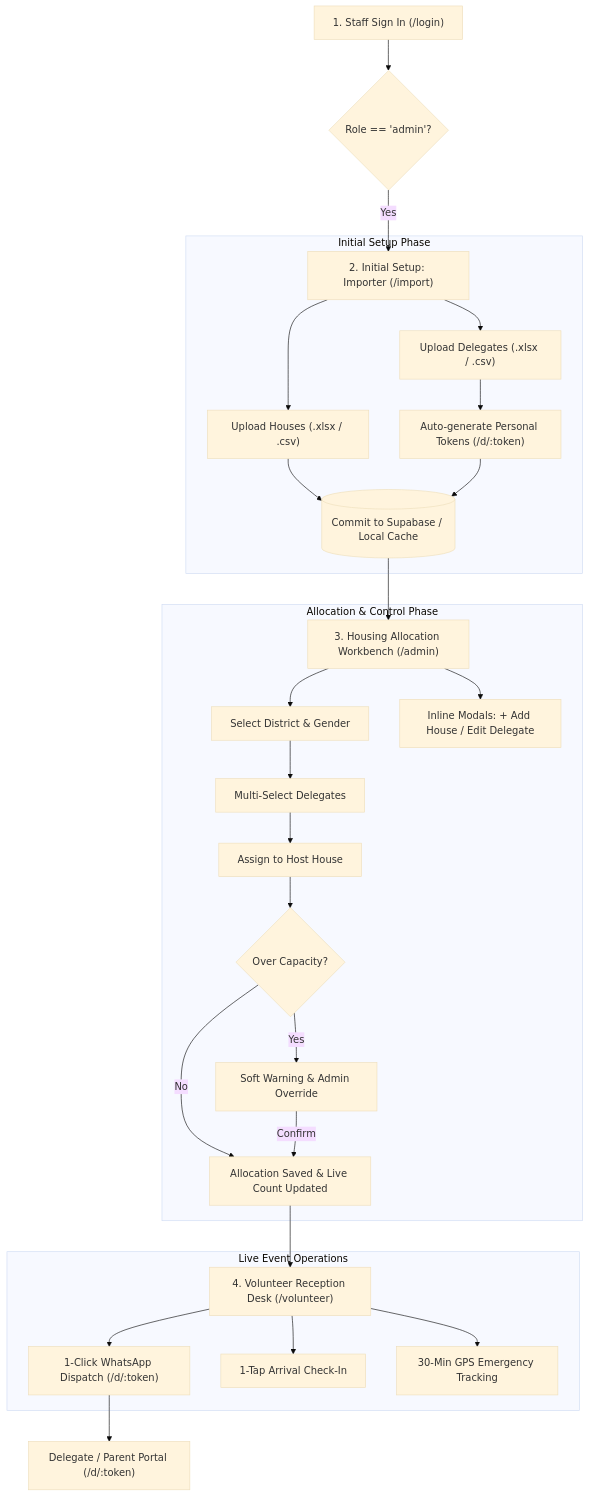
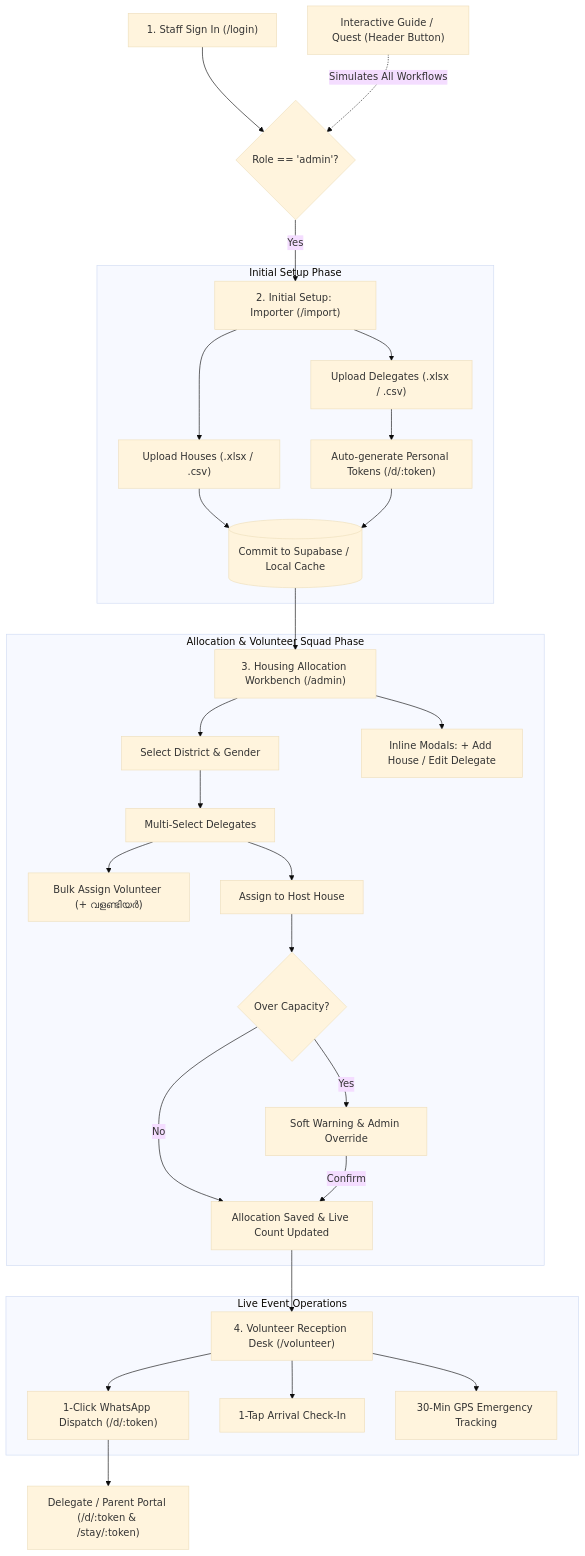
One commit to rohithvijayan/BalasanghamSammelanam changed the first of 2 diagrams in ADMIN_FEATURES_AND_USERFLOW.md. Above: the diagram before and after it, drawn with Mermaid (base theme). The commit also changed other lines of this file and 1 other file, not shown here.

Commit message:
fix(supabase): fix indeterminate v_house/v_volunteer record in get_my_stay RPC function

````diff
--- a/ADMIN_FEATURES_AND_USERFLOW.md
+++ b/ADMIN_FEATURES_AND_USERFLOW.md
@@ -170,35 +196,38 @@
 ```mermaid
 flowchart TD
     Login["1. Staff Sign In (/login)"] --> AdminAuth{"Role == 'admin'?"}
     AdminAuth -->|Yes| SetupNav["2. Initial Setup: Importer (/import)"]
+
+    HeaderGuide["Interactive Guide / Quest (Header Button)"] -.->|Simulates All Workflows| AdminAuth
 
     subgraph Initial Setup Phase
         SetupNav --> ImportHouses["Upload Houses (.xlsx / .csv)"]
         SetupNav --> ImportDelegates["Upload Delegates (.xlsx / .csv)"]
         ImportDelegates --> TokenGen["Auto-generate Personal Tokens (/d/:token)"]
         ImportHouses & TokenGen --> CommitDB[("Commit to Supabase / Local Cache")]
     end
 
     CommitDB --> WorkbenchNav["3. Housing Allocation Workbench (/admin)"]
 
-    subgraph Allocation & Control Phase
+    subgraph Allocation & Volunteer Squad Phase
         WorkbenchNav --> FilterDist["Select District & Gender"]
         WorkbenchNav --> InlineEdit["Inline Modals: + Add House / Edit Delegate"]
         FilterDist --> MultiSelect["Multi-Select Delegates"]
+        MultiSelect --> AssignVolunteer["Bulk Assign Volunteer (+ വളണ്ടിയർ)"]
         MultiSelect --> AssignHouse["Assign to Host House"]
         AssignHouse --> CapacityCheck{"Over Capacity?"}
         CapacityCheck -->|Yes| SoftWarn["Soft Warning & Admin Override"]
         CapacityCheck -->|No| SavedAlloc["Allocation Saved & Live Count Updated"]
         SoftWarn -->|Confirm| SavedAlloc
     end
 
     SavedAlloc --> VolDeskNav["4. Volunteer Reception Desk (/volunteer)"]
 
     subgraph Live Event Operations
         VolDeskNav --> WhatsAppSend["1-Click WhatsApp Dispatch (/d/:token)"]
         VolDeskNav --> CheckinToggle["1-Tap Arrival Check-In"]
         VolDeskNav --> LiveGPS["30-Min GPS Emergency Tracking"]
     end
 
-    WhatsAppSend --> DelegateView["Delegate / Parent Portal (/d/:token)"]
+    WhatsAppSend --> DelegateView["Delegate / Parent Portal (/d/:token & /stay/:token)"]
 ```
````
